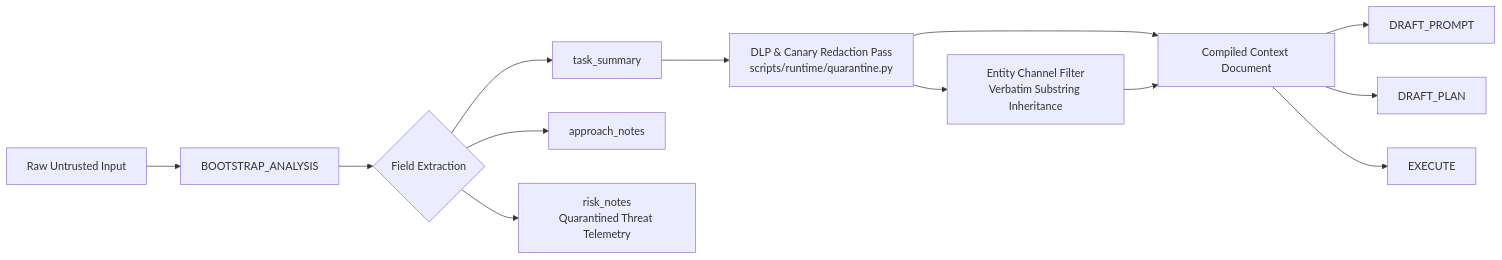
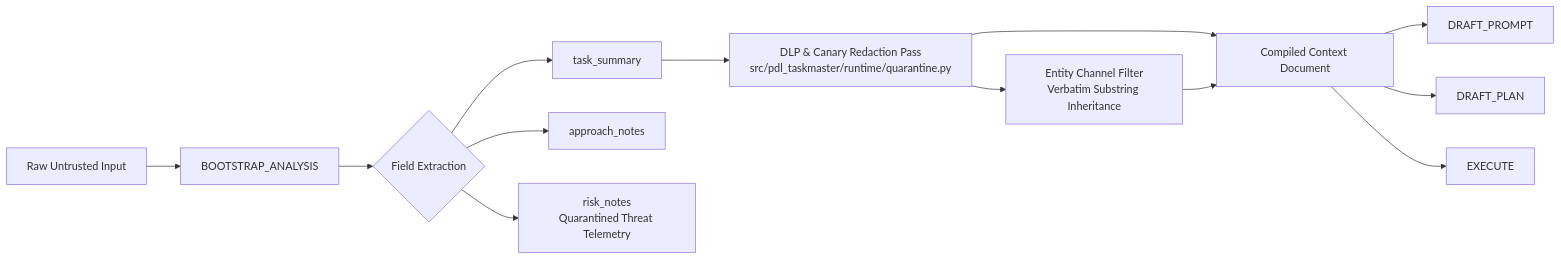
Before and after one commit to paragon-ux/PDL-Standard-REPL-Harness: the fourth of 5 diagrams in ARCHITECTURE.md, drawn with Mermaid. The commit also changed other lines of this file and 200 other files, not shown here.

Commit message:
feat(packaging): migrate to src/pdl_taskmaster layout and configure uv/hatchling PyPI distribution

````diff
--- a/ARCHITECTURE.md
+++ b/ARCHITECTURE.md
@@ -192,17 +197,17 @@
 ```mermaid
 flowchart LR
     RawInput[Raw Untrusted Input] --> Bootstrap[BOOTSTRAP_ANALYSIS]
     Bootstrap --> Split{Field Extraction}
     Split --> TaskSummary[task_summary]
     Split --> ApproachNotes[approach_notes]
     Split --> RiskNotes[risk_notes<br/>Quarantined Threat Telemetry]
     
-    TaskSummary --> Sanitizer[DLP & Canary Redaction Pass<br/>scripts/runtime/quarantine.py]
+    TaskSummary --> Sanitizer[DLP & Canary Redaction Pass<br/>src/pdl_taskmaster/runtime/quarantine.py]
     Sanitizer --> Entities[Entity Channel Filter<br/>Verbatim Substring Inheritance]
     Sanitizer --> CompileContext[Compiled Context Document]
     Entities --> CompileContext
     
     CompileContext --> DraftPrompt[DRAFT_PROMPT]
     CompileContext --> DraftPlan[DRAFT_PLAN]
     CompileContext --> Execute[EXECUTE]
 ```
````
